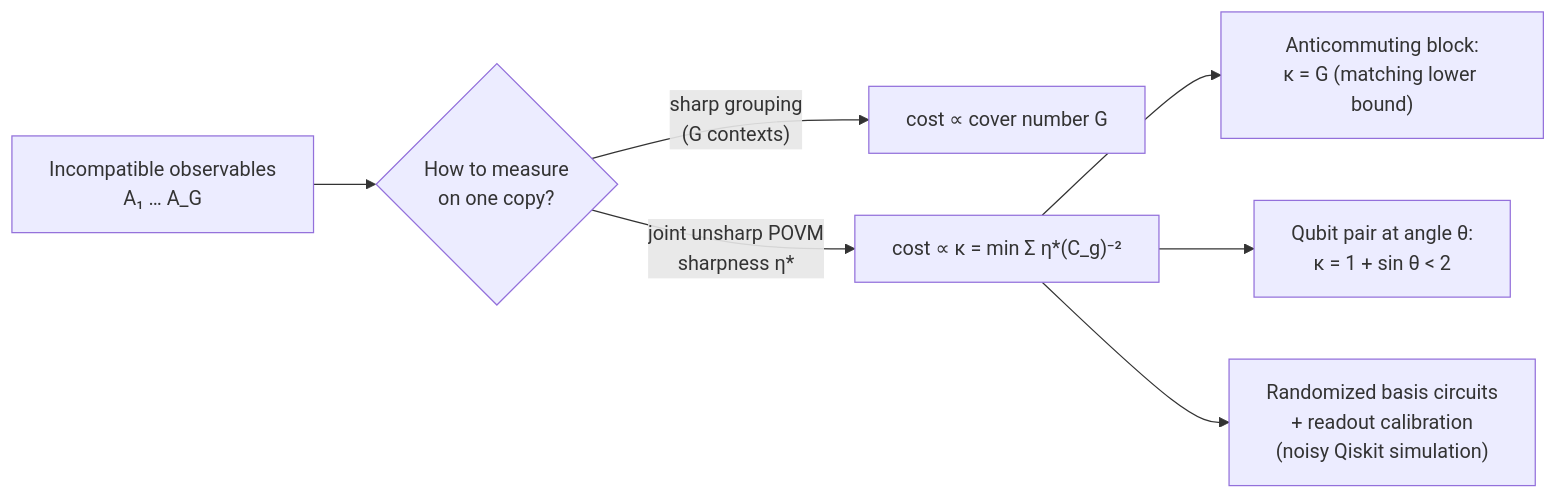
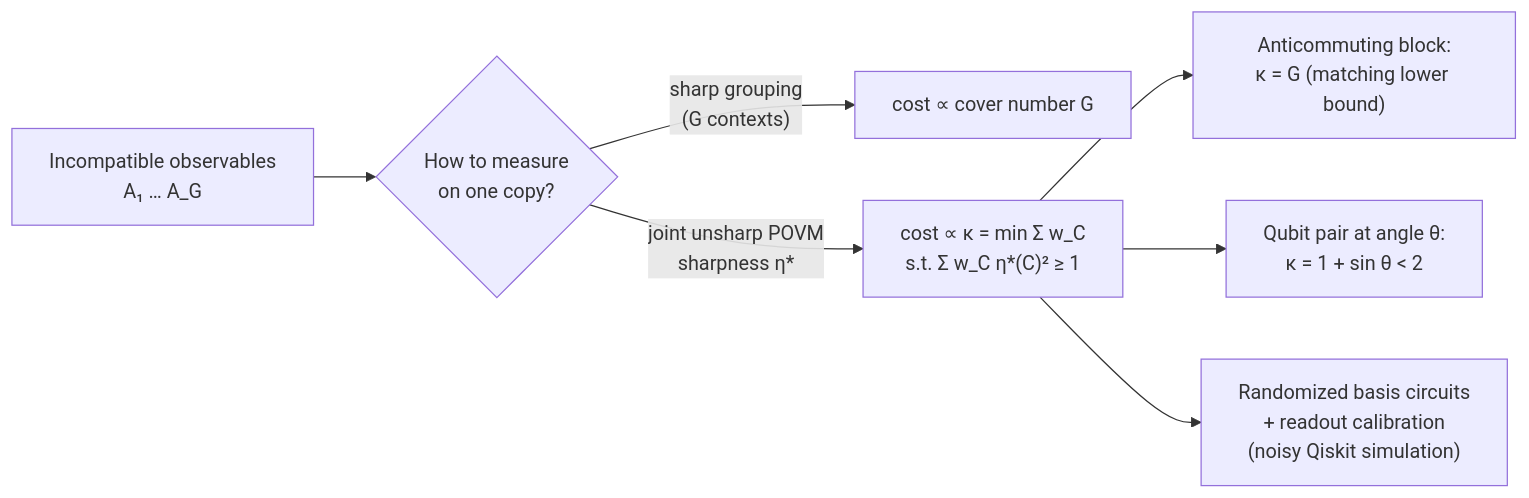
Before and after one commit to ocatak/quantum-learning-copy-cost: the diagram in README.md, drawn with Mermaid. The commit also changed other lines of this file and 7 other files, not shown here.

````diff
--- a/README.md
+++ b/README.md
@@ -51,9 +54,9 @@
 ```mermaid
 flowchart LR
     A["Incompatible observables<br/>A₁ … A_G"] --> B{"How to measure<br/>on one copy?"}
     B -->|"sharp grouping<br/>(G contexts)"| C["cost ∝ cover number G"]
-    B -->|"joint unsharp POVM<br/>sharpness η*"| D["cost ∝ κ = min Σ η*(C_g)⁻²"]
+    B -->|"joint unsharp POVM<br/>sharpness η*"| D["cost ∝ κ = min Σ w_C<br/>s.t. Σ w_C η*(C)² ≥ 1"]
     D --> E["Anticommuting block:<br/>κ = G (matching lower bound)"]
     D --> F["Qubit pair at angle θ:<br/>κ = 1 + sin θ &lt; 2"]
     D --> G["Randomized basis circuits<br/>+ readout calibration<br/>(noisy Qiskit simulation)"]
 ```
````
